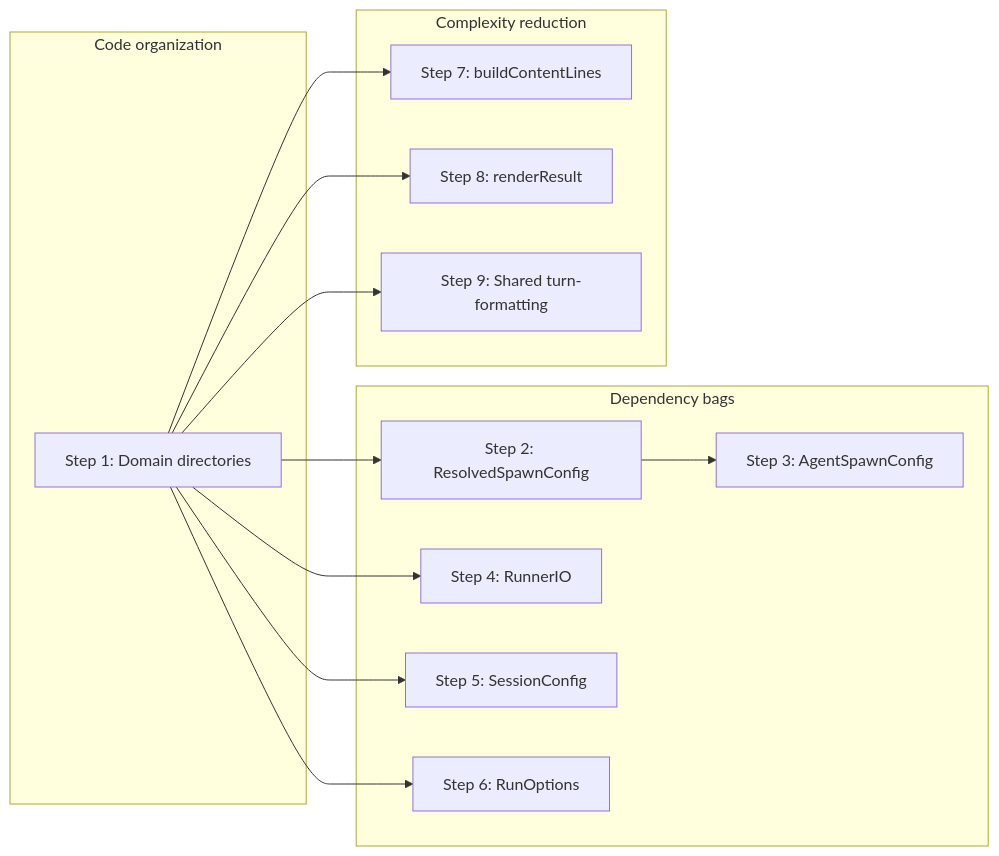
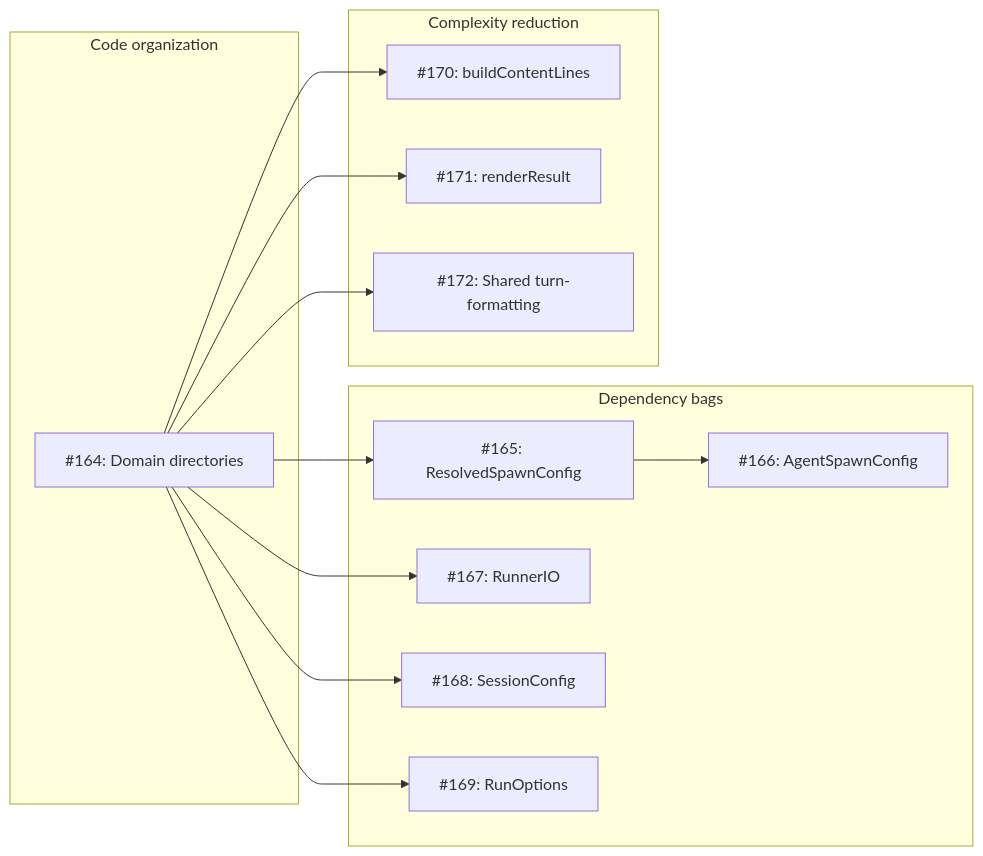
Before and after one commit to ttdua/pi-subagents: the sixth of 6 diagrams in docs/architecture/architecture.md, drawn with Mermaid. The commit also changed other lines of this file, not shown here.

First line of the commit message:
docs(pi-subagents): add issue numbers to Phase 10 roadmap

````diff
--- a/docs/architecture/architecture.md
+++ b/docs/architecture/architecture.md
@@ -716,19 +716,19 @@
 ```mermaid
 flowchart LR
     subgraph organization["Code organization"]
-        S1["Step 1: Domain directories"]
+        S1["#164: Domain directories"]
     end
     subgraph bags["Dependency bags"]
-        S2["Step 2: ResolvedSpawnConfig"] --> S3["Step 3: AgentSpawnConfig"]
-        S4["Step 4: RunnerIO"]
-        S5["Step 5: SessionConfig"]
-        S6["Step 6: RunOptions"]
+        S2["#165: ResolvedSpawnConfig"] --> S3["#166: AgentSpawnConfig"]
+        S4["#167: RunnerIO"]
+        S5["#168: SessionConfig"]
+        S6["#169: RunOptions"]
     end
     subgraph complexity["Complexity reduction"]
-        S7["Step 7: buildContentLines"]
-        S8["Step 8: renderResult"]
-        S9["Step 9: Shared turn-formatting"]
+        S7["#170: buildContentLines"]
+        S8["#171: renderResult"]
+        S9["#172: Shared turn-formatting"]
     end
     S1 --> S2 & S4 & S5 & S6
     S1 --> S7 & S8 & S9
 ```
````
